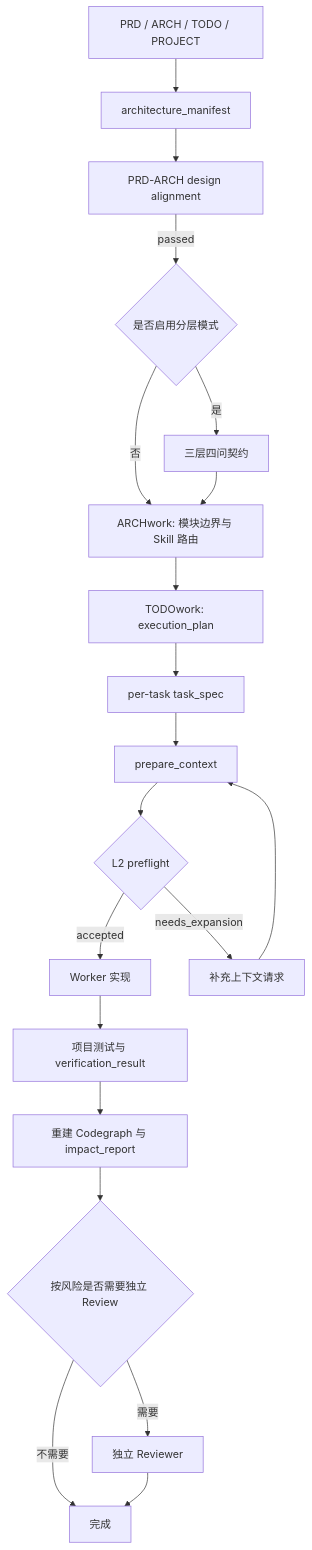
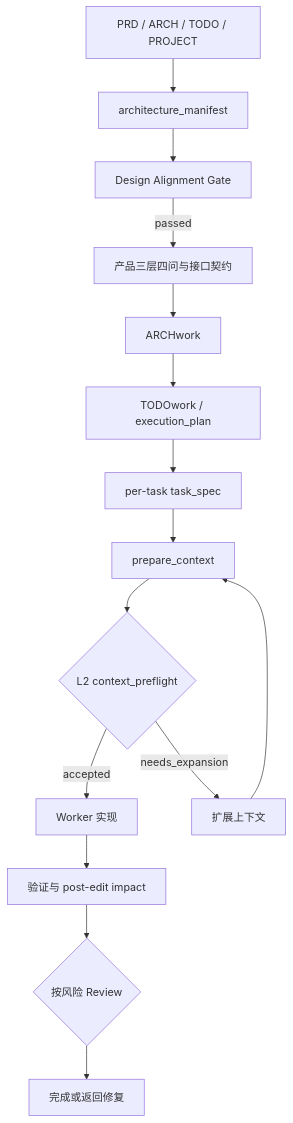
The second of 2 diagrams in README.md (zhuxice-ctrl/agent-workflow-standards), drawn with Mermaid before and after one commit. The commit also changed other lines of this file, not shown here.

````diff
--- a/README.md
+++ b/README.md
@@ -86,22 +73,17 @@
 ```mermaid
 flowchart TD
     A["PRD / ARCH / TODO / PROJECT"] --> B["architecture_manifest"]
-    B --> C["PRD-ARCH design alignment"]
-    C -->|"passed"| D{"是否启用分层模式"}
-    D -->|"是"| E["三层四问契约"]
-    D -->|"否"| F["ARCHwork: 模块边界与 Skill 路由"]
-    E --> F
-    F --> G["TODOwork: execution_plan"]
+    B --> C["Design Alignment Gate"]
+    C -->|"passed"| E["产品三层四问与接口契约"]
+    E --> F["ARCHwork"]
+    F --> G["TODOwork / execution_plan"]
     G --> H["per-task task_spec"]
     H --> I["prepare_context"]
-    I --> J{"L2 preflight"}
+    I --> J{"L2 context_preflight"}
     J -->|"accepted"| K["Worker 实现"]
-    J -->|"needs_expansion"| L["补充上下文请求"]
+    J -->|"needs_expansion"| L["扩展上下文"]
     L --> I
-    K --> M["项目测试与 verification_result"]
-    M --> N["重建 Codegraph 与 impact_report"]
-    N --> O{"按风险是否需要独立 Review"}
-    O -->|"需要"| P["独立 Reviewer"]
-    O -->|"不需要"| Q["完成"]
-    P --> Q
+    K --> M["验证与 post-edit impact"]
+    M --> N{"按风险 Review"}
+    N --> O["完成或返回修复"]
 ```
````
